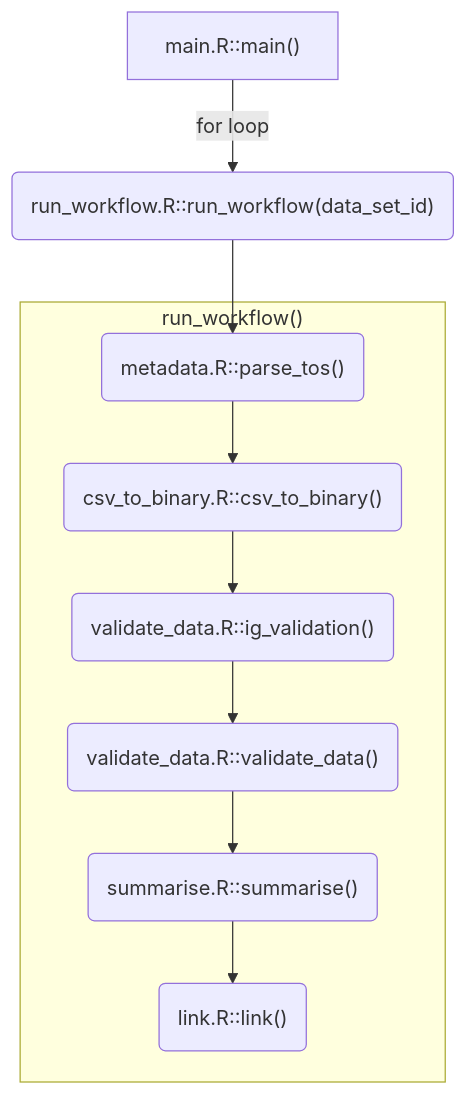
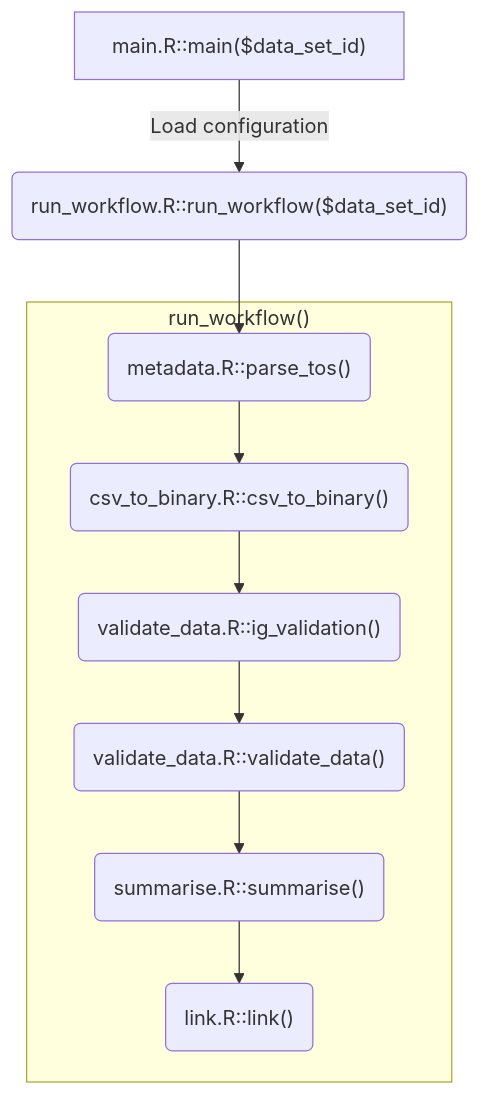
Before and after one commit to CUREd-Plus/cuRed: the diagram in R/README.md, drawn with Mermaid.

Commit message:
Update diagram in README.md

````diff
--- a/R/README.md
+++ b/R/README.md
@@ -9,12 +9,12 @@
 ```mermaid
 flowchart TD
-  main["main.R::main()"] -->|"for loop"| run_workflow("run_workflow.R::run_workflow(data_set_id)")
+  main["main.R::main($data_set_id)"] -->|"Load configuration"| run_workflow("run_workflow.R::run_workflow($data_set_id)")
   run_workflow --> parse_tos("metadata.R::parse_tos()")
     subgraph workflow ["run_workflow()"]
       parse_tos --> csv_to_binary("csv_to_binary.R::csv_to_binary()")
       csv_to_binary --> ig_validation("validate_data.R::ig_validation()")
       ig_validation --> validate_data("validate_data.R::validate_data()")
       validate_data --> summarise("summarise.R::summarise()")
       summarise --> link("link.R::link()")
     end
 ```
````
